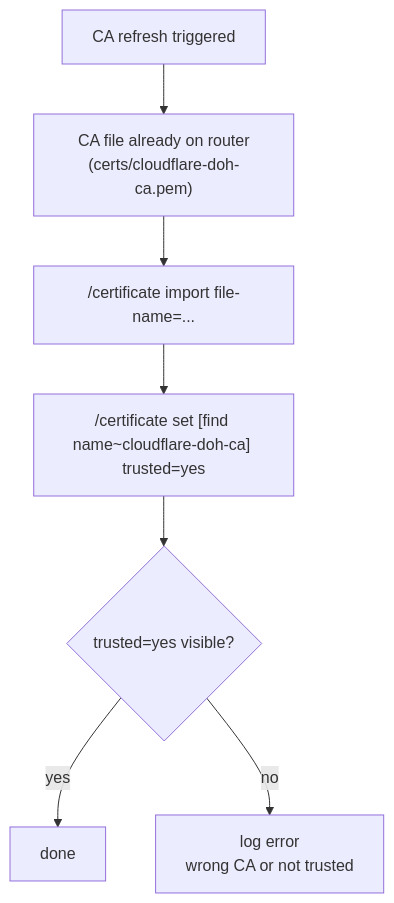
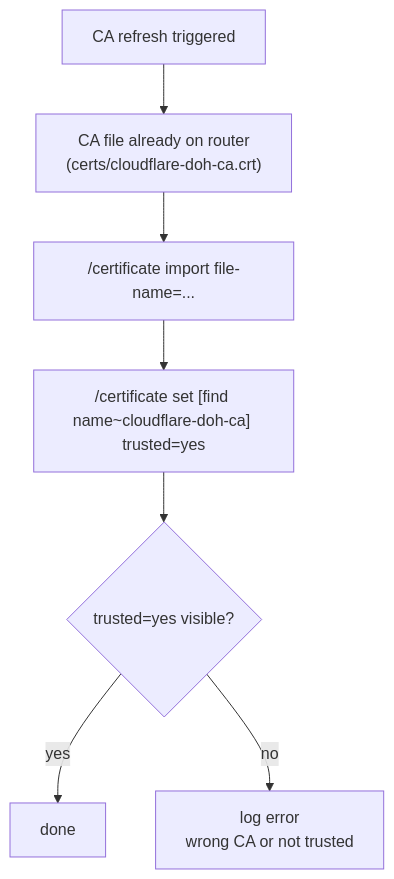
Before and after one commit to paulmann/mikrotik-doh-failover: the diagram in diagrams/certificate-update.mmd, drawn with Mermaid. The commit also changed 15 other files, not shown here.

```diff
--- a/diagrams/certificate-update.mmd
+++ b/diagrams/certificate-update.mmd
@@ -1,7 +1,7 @@
 flowchart TD
-    Start["CA refresh triggered"] --> Upload["CA file already on router<br/>(certs/cloudflare-doh-ca.pem)"]
+    Start["CA refresh triggered"] --> Upload["CA file already on router<br/>(certs/cloudflare-doh-ca.crt)"]
     Upload --> Import["/certificate import file-name=..."]
     Import --> Trust["/certificate set [find name~cloudflare-doh-ca] trusted=yes"]
     Trust --> Verify{"trusted=yes visible?"}
     Verify -->|"yes"| Done["done"]
     Verify -->|"no"| Fail["log error<br/>wrong CA or not trusted"]
```
